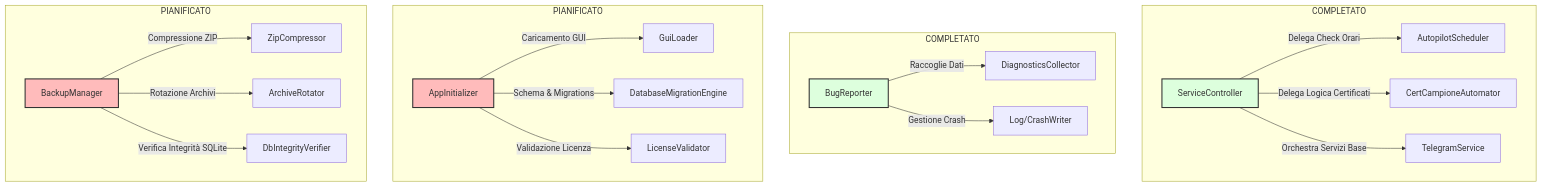
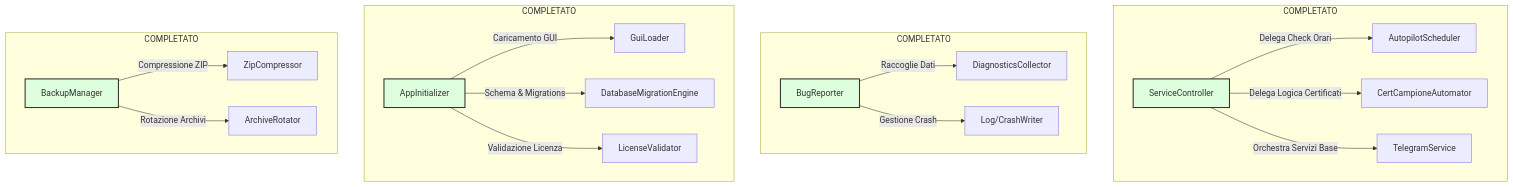
The second of 2 diagrams in feature/implementation_plan.md (gianky00/ISAB_TimeSheet), drawn with Mermaid before and after one commit. The commit also changed other lines of this file and 13 other files, not shown here.

````diff
--- a/feature/implementation_plan.md
+++ b/feature/implementation_plan.md
@@ -80,30 +80,29 @@
 ```mermaid
 graph TD
     subgraph 1. Autopilot & Background Services [COMPLETATO]
         SC[ServiceController] -->|Delega Check Orari| AS[AutopilotScheduler]
         SC -->|Delega Logica Certificati| CA[CertCampioneAutomator]
         SC -->|Orchestra Servizi Base| TS[TelegramService]
     end
 
     subgraph 2. Diagnostica & Gestione Errori [COMPLETATO]
         BR[BugReporter] -->|Raccoglie Dati| DS[DiagnosticsCollector]
         BR -->|Gestione Crash| LH[Log/CrashWriter]
     end
 
-    subgraph 3. Inizializzazione & Bootstrap [PIANIFICATO]
+    subgraph 3. Inizializzazione & Bootstrap [COMPLETATO]
         AI[AppInitializer] -->|Caricamento GUI| GL[GuiLoader]
         AI -->|Schema & Migrations| DM[DatabaseMigrationEngine]
         AI -->|Validazione Licenza| LV[LicenseValidator]
     end
 
-    subgraph 4. Gestione Backup & Storage [PIANIFICATO]
+    subgraph 4. Gestione Backup & Storage [COMPLETATO]
         BM[BackupManager] -->|Compressione ZIP| ZC[ZipCompressor]
         BM -->|Rotazione Archivi| AR[ArchiveRotator]
-        BM -->|Verifica Integrità SQLite| DBV[DbIntegrityVerifier]
     end
 
     style SC fill:#dfd,stroke:#333,stroke-width:2px
     style BR fill:#dfd,stroke:#333,stroke-width:2px
-    style AI fill:#fbb,stroke:#333,stroke-width:2px
-    style BM fill:#fbb,stroke:#333,stroke-width:2px
+    style AI fill:#dfd,stroke:#333,stroke-width:2px
+    style BM fill:#dfd,stroke:#333,stroke-width:2px
 ```
````
